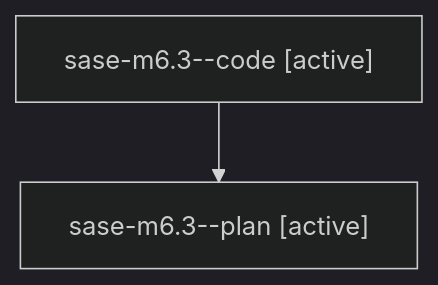
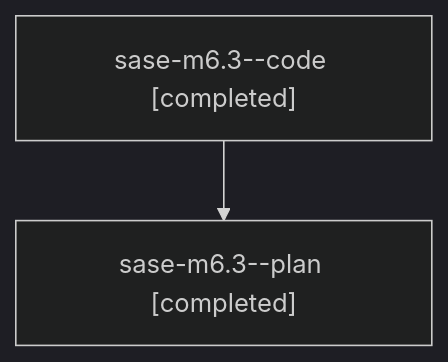
One commit to sase-org/sase--agents changed the diagram in families/bbugyi200.athena.sase-m6.3.md. Above: the diagram before and after it, drawn with Mermaid (dark theme). The commit also changed other lines of this file and 31 other files, not shown here.

````diff
--- a/families/bbugyi200.athena.sase-m6.3.md
+++ b/families/bbugyi200.athena.sase-m6.3.md
@@ -9,6 +9,6 @@
 ```mermaid
 flowchart TD
-  n0["sase-m6.3--code [active]"]
-  n1["sase-m6.3--plan [active]"]
+  n0["sase-m6.3--code [completed]"]
+  n1["sase-m6.3--plan [completed]"]
   n0 --> n1
 ```
````
